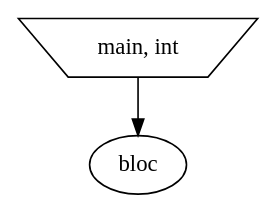
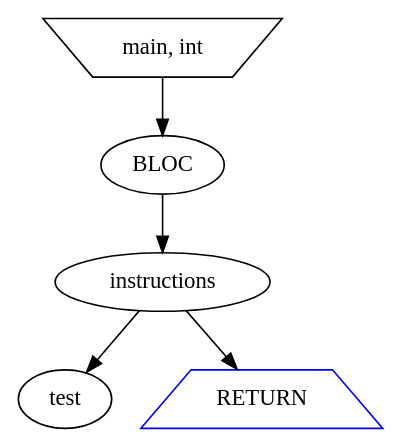
One commit to elhadiq/C_to_DOT_compiler changed the diagram in run/output.dot. Above: the diagram before and after it, drawn with Graphviz. The commit also changed 219 other files, not shown here.

```diff
--- a/run/output.dot
+++ b/run/output.dot
@@ -1,6 +1,12 @@
 digraph mon_programme {
 
-node1 [label="main, int"  shape="invtrapezium" style="" ]
-node2 [label="bloc"  shape="" style="" ]
+node1 [label="main, int" shape=invtrapezium]
+node2 [label=BLOC]
+node3 [label=instructions]
+node4 [label=test]
+node5 [label=RETURN shape=trapezium color=blue]
 node1->node2;
+node2->node3;
+node3->node4;
+node3->node5;
 }
```
